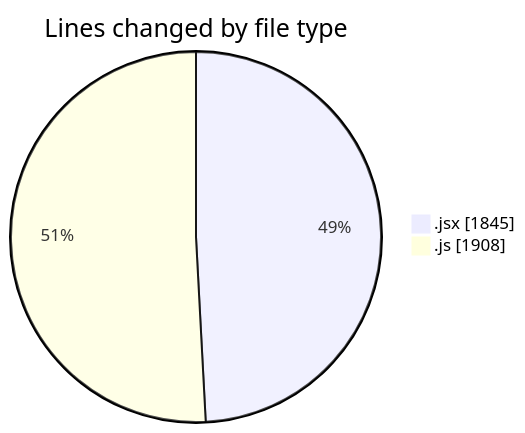
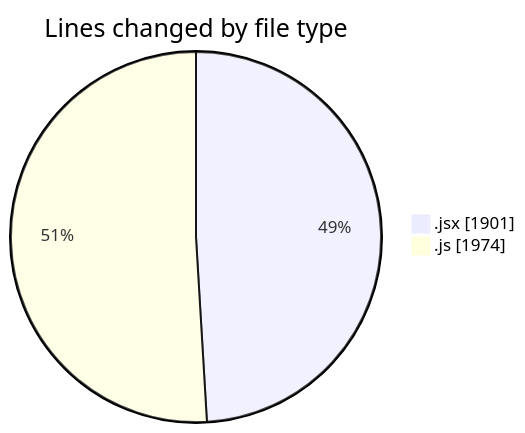
Before and after one commit to nxtqubesakshisongat/code-tracking: the first of 2 diagrams in 2025-08-04/nxtqube_webapp/README.md, drawn with Mermaid. The commit also changed other lines of this file and 1 other file, not shown here.

````diff
--- a/2025-08-04/nxtqube_webapp/README.md
+++ b/2025-08-04/nxtqube_webapp/README.md
@@ -28,6 +28,6 @@
 ```mermaid
 pie showData
 title Lines changed by file type
-".jsx" : 1845
-".js" : 1908
+".jsx" : 1901
+".js" : 1974
 ```
````
